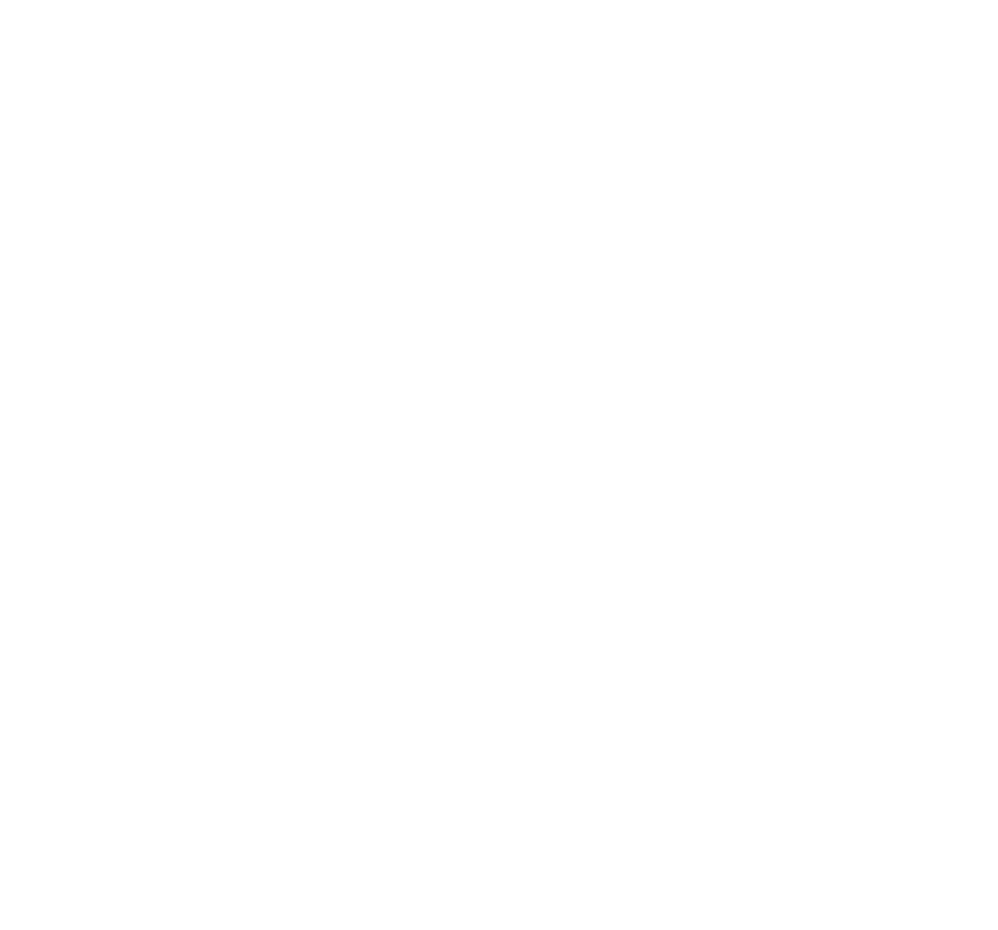
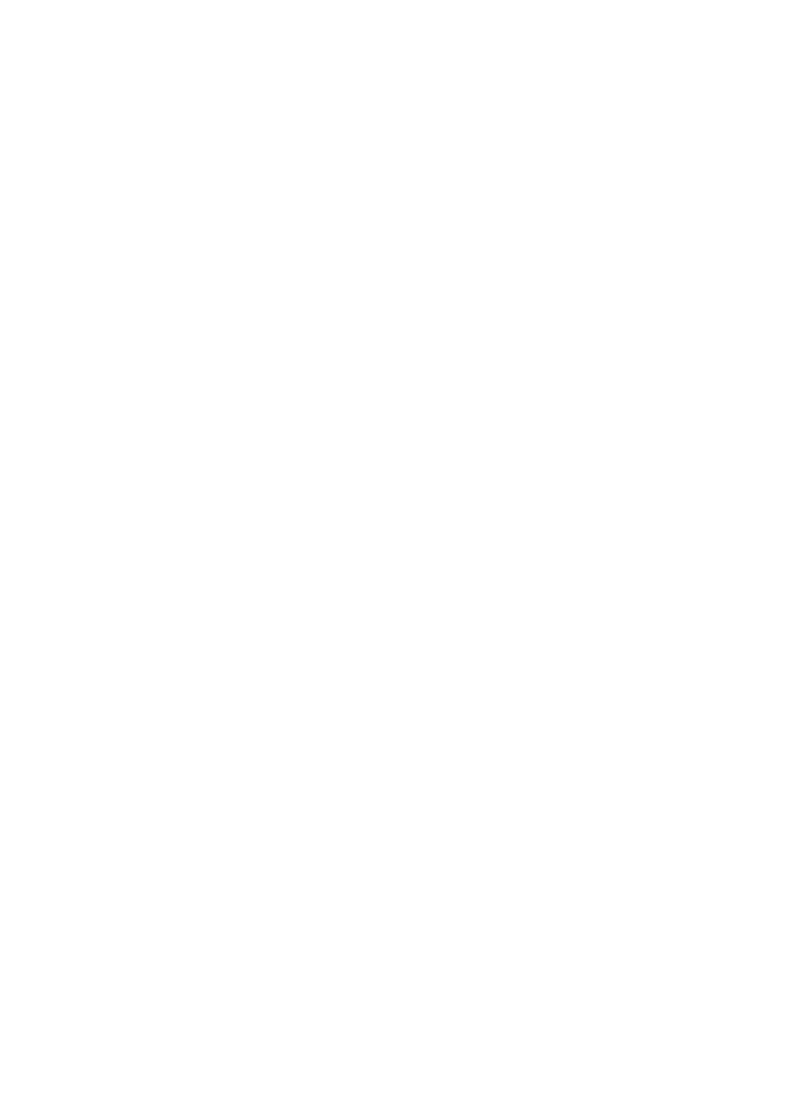
Before and after one commit to dodokek/Derivative-Calculator: the diagram in data/graph.dot, drawn with Graphviz. The commit also changed 10 other files, not shown here.

```diff
--- a/data/graph.dot
+++ b/data/graph.dot
@@ -1,52 +1,49 @@
 
     digraph g {
         dpi      = 200;
         fontname = "Comic Sans MS";
         fontsize = 20;
         rankdir   =  TB;
         edge [color = darkgrey, arrowhead = onormal, arrowsize = 1, penwidth = 1.2]
         graph[fillcolor = lightgreen, ranksep = 1.3, nodesep = 0.5,
         style = "rounded, filled",color = green, penwidth = 2]
 
-    Node0000027718fc6700[shape=record, width=0.2, style="filled", color="red", fillcolor="#DBB585",label=" {Type: operation | value: +}"] 
+    Node000002abb16b66d0[shape=record, width=0.2, style="filled", color="red", fillcolor="#DBB585",label=" {Type: operation | value: +}"] 
  
-Node0000027718fc6610[shape=record, width=0.2, style="filled", color="red", fillcolor="#DBB585",label=" {Type: operation | value: -}"] 
+Node000002abb16b6670[shape=record, width=0.2, style="filled", color="red", fillcolor="#DBB585",label=" {Type: operation | value: +}"] 
  
-Node0000027718fc1d40[shape=record, width=0.2, style="filled", color="red", fillcolor="#DBB585",label=" {Type: operation | value: ^}"] 
+Node000002abb16b6610[shape=record, width=0.2, style="filled", color="red", fillcolor="#DBB585",label=" {Type: operation | value: -}"] 
  
-Node0000027718fc1ce0[shape=record, width=0.2, style="filled", color="red", fillcolor="#DBB585",label=" {Type: operation | value: sin}"] 
+Node000002abb16b1d40[shape=record, width=0.2, style="filled", color="red", fillcolor="#DBB585",label=" {Type: operation | value: ^}"] 
  
-Node0000027718fc1cb0[shape=record, width=0.2, style="filled", color="red", fillcolor="#DBB585",label=" {Type: operation | value: \cdot}"] 
+Node000002abb16b1ce0[shape=record, width=0.2, style="filled", color="red", fillcolor="#DBB585",label=" {Type: operation | value: sin}"] 
  
-Node0000027718fc1c50[shape=record, width=0.2, style="filled", color="red", fillcolor="#DB8E21",label=" {Type: number | value: 2}"] 
+Node000002abb16b1cb0[shape=record, width=0.2, style="filled", color="red", fillcolor="#DBB585",label=" {Type: operation | value: \cdot}"] 
  
-Node0000027718fc1c80[shape=record, width=0.2, style="filled", color="red", fillcolor="#19DB27",label=" {Type: variable | value: x}"] 
+Node000002abb16b1c50[shape=record, width=0.2, style="filled", color="red", fillcolor="#DB8E21",label=" {Type: number | value: 2}"] 
  
-Node0000027718fc1d10[shape=record, width=0.2, style="filled", color="red", fillcolor="#DB8E21",label=" {Type: number | value: 5}"] 
+Node000002abb16b1c80[shape=record, width=0.2, style="filled", color="red", fillcolor="#19DB27",label=" {Type: variable | value: x}"] 
  
-Node0000027718fc1da0[shape=record, width=0.2, style="filled", color="red", fillcolor="#DBB585",label=" {Type: operation | value: cos}"] 
+Node000002abb16b1d10[shape=record, width=0.2, style="filled", color="red", fillcolor="#DB8E21",label=" {Type: number | value: 5}"] 
  
-Node0000027718fc1d70[shape=record, width=0.2, style="filled", color="red", fillcolor="#19DB27",label=" {Type: variable | value: x}"] 
+Node000002abb16b1da0[shape=record, width=0.2, style="filled", color="red", fillcolor="#DBB585",label=" {Type: operation | value: cos}"] 
  
-Node0000027718fc66d0[shape=record, width=0.2, style="filled", color="red", fillcolor="#DBB585",label=" {Type: operation | value: ln}"] 
+Node000002abb16b1d70[shape=record, width=0.2, style="filled", color="red", fillcolor="#19DB27",label=" {Type: variable | value: x}"] 
  
-Node0000027718fc66a0[shape=record, width=0.2, style="filled", color="red", fillcolor="#DBB585",label=" {Type: operation | value: /}"] 
+Node000002abb16b6640[shape=record, width=0.2, style="filled", color="red", fillcolor="#19DB27",label=" {Type: variable | value: x^4}"] 
  
-Node0000027718fc6640[shape=record, width=0.2, style="filled", color="red", fillcolor="#DB8E21",label=" {Type: number | value: 4}"] 
+Node000002abb16b66a0[shape=record, width=0.2, style="filled", color="red", fillcolor="#DB8E21",label=" {Type: number | value: 5}"] 
  
-Node0000027718fc6670[shape=record, width=0.2, style="filled", color="red", fillcolor="#19DB27",label=" {Type: variable | value: x}"] 
- 
-Node0000027718fc6700->Node0000027718fc6610
-Node0000027718fc6610->Node0000027718fc1d40
-Node0000027718fc1d40->Node0000027718fc1ce0
-Node0000027718fc1ce0->Node0000027718fc1cb0
-Node0000027718fc1cb0->Node0000027718fc1c50
-Node0000027718fc1cb0->Node0000027718fc1c80
-Node0000027718fc1d40->Node0000027718fc1d10
-Node0000027718fc6610->Node0000027718fc1da0
-Node0000027718fc1da0->Node0000027718fc1d70
-Node0000027718fc6700->Node0000027718fc66d0
-Node0000027718fc66d0->Node0000027718fc66a0
-Node0000027718fc66a0->Node0000027718fc6640
-Node0000027718fc66a0->Node0000027718fc6670
+Node000002abb16b66d0->Node000002abb16b6670
+Node000002abb16b6670->Node000002abb16b6610
+Node000002abb16b6610->Node000002abb16b1d40
+Node000002abb16b1d40->Node000002abb16b1ce0
+Node000002abb16b1ce0->Node000002abb16b1cb0
+Node000002abb16b1cb0->Node000002abb16b1c50
+Node000002abb16b1cb0->Node000002abb16b1c80
+Node000002abb16b1d40->Node000002abb16b1d10
+Node000002abb16b6610->Node000002abb16b1da0
+Node000002abb16b1da0->Node000002abb16b1d70
+Node000002abb16b6670->Node000002abb16b6640
+Node000002abb16b66d0->Node000002abb16b66a0
 }
```
